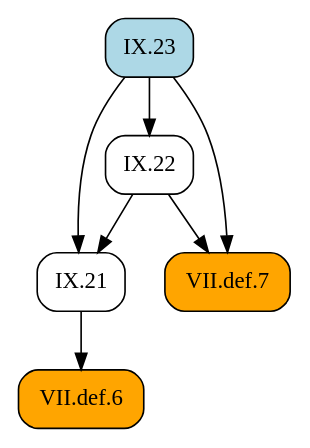
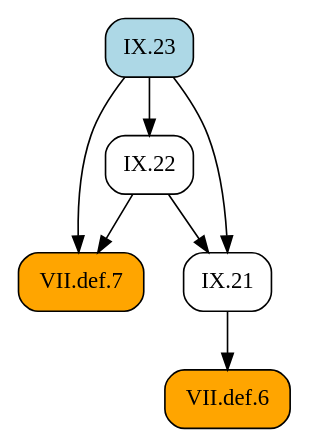
The diagram in docsrc/heath/IX/23/index.rst (geometor/elements), drawn with Graphviz before and after one commit. The commit also changed other lines of this file and 484 other files, not shown here.

```diff
--- a/docsrc/heath/IX/23/index.rst
+++ b/docsrc/heath/IX/23/index.rst
@@ -34,17 +34,17 @@
 .. graphviz::
 
    digraph {
      rankdir="TB";
      node [shape=box, style=rounded];
-     "IX.21" [URL="/heath/IX/21/", target="_top"];
-     "IX.23" [style="rounded,filled", fillcolor=lightblue, URL="/heath/IX/23/", target="_top"];
      "VII.def.6" [style="rounded,filled", fillcolor=orange, URL="/heath/VII/def.6/", target="_top"];
      "IX.22" [URL="/heath/IX/22/", target="_top"];
+     "IX.23" [style="rounded,filled", fillcolor=lightblue, URL="/heath/IX/23/", target="_top"];
      "VII.def.7" [style="rounded,filled", fillcolor=orange, URL="/heath/VII/def.7/", target="_top"];
-     "IX.22" -> "IX.21";
-     "IX.23" -> "IX.21";
+     "IX.21" [URL="/heath/IX/21/", target="_top"];
      "IX.21" -> "VII.def.6";
      "IX.23" -> "IX.22";
      "IX.22" -> "VII.def.7";
      "IX.23" -> "VII.def.7";
+     "IX.22" -> "IX.21";
+     "IX.23" -> "IX.21";
    }
```
